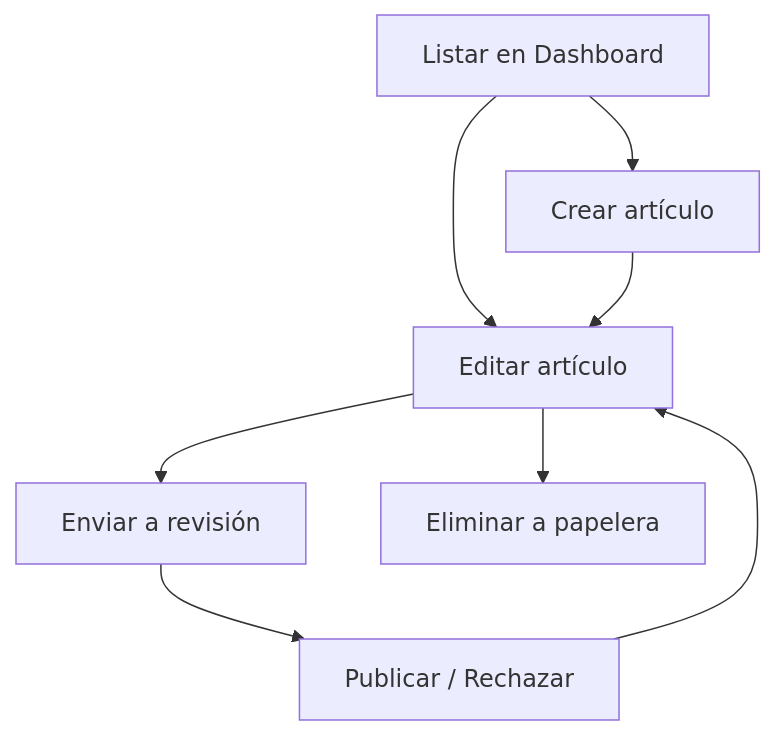
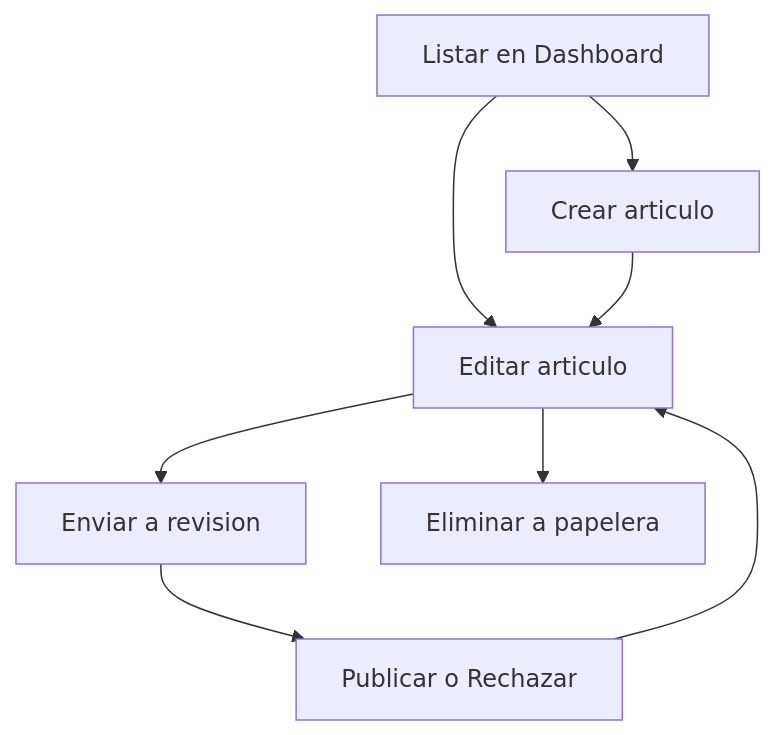
The third of 7 diagrams in README.md (Erick1528/revista-mundo-real), drawn with Mermaid before and after one commit. The commit also changed other lines of this file, not shown here.

Commit message:
chore: update README diagrams for improved clarity and consistency, correcting labels and enhancing visual structure

````diff
--- a/README.md
+++ b/README.md
@@ -83,17 +83,17 @@
 ```mermaid
-flowchart TB
-  Listar["Listar en Dashboard"]
-  Crear["Crear artículo"]
-  Editar["Editar artículo"]
-  Revisar["Enviar a revisión"]
-  Publicar["Publicar / Rechazar"]
-  Eliminar["Eliminar a papelera"]
+graph TB
+  Listar[Listar en Dashboard]
+  Crear[Crear articulo]
+  Editar[Editar articulo]
+  Revisar[Enviar a revision]
+  Publicar[Publicar o Rechazar]
+  Eliminar[Eliminar a papelera]
 
   Listar --> Crear
   Listar --> Editar
   Crear --> Editar
   Editar --> Revisar
   Editar --> Eliminar
   Revisar --> Publicar
   Publicar --> Editar
 ```
````
